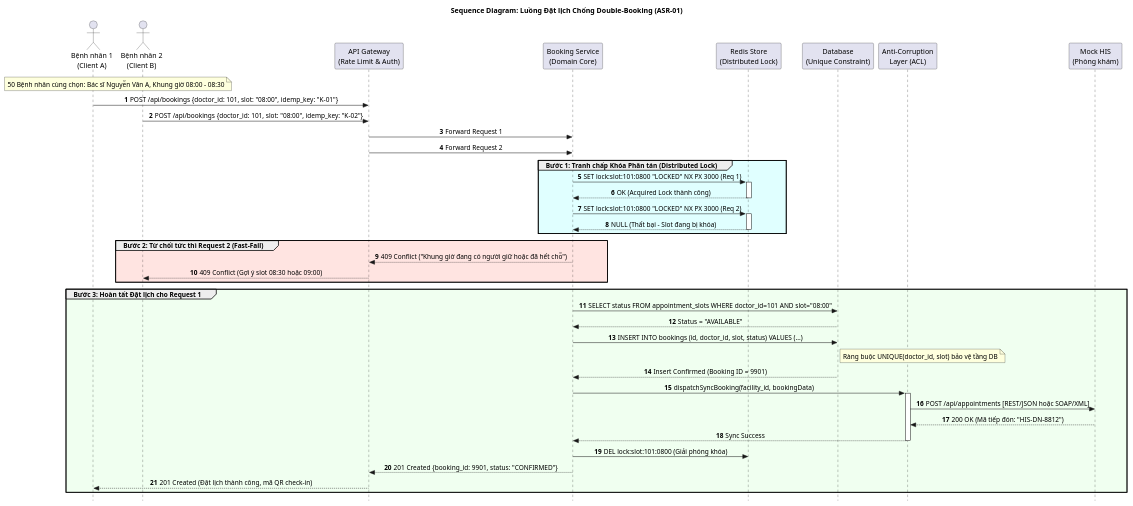
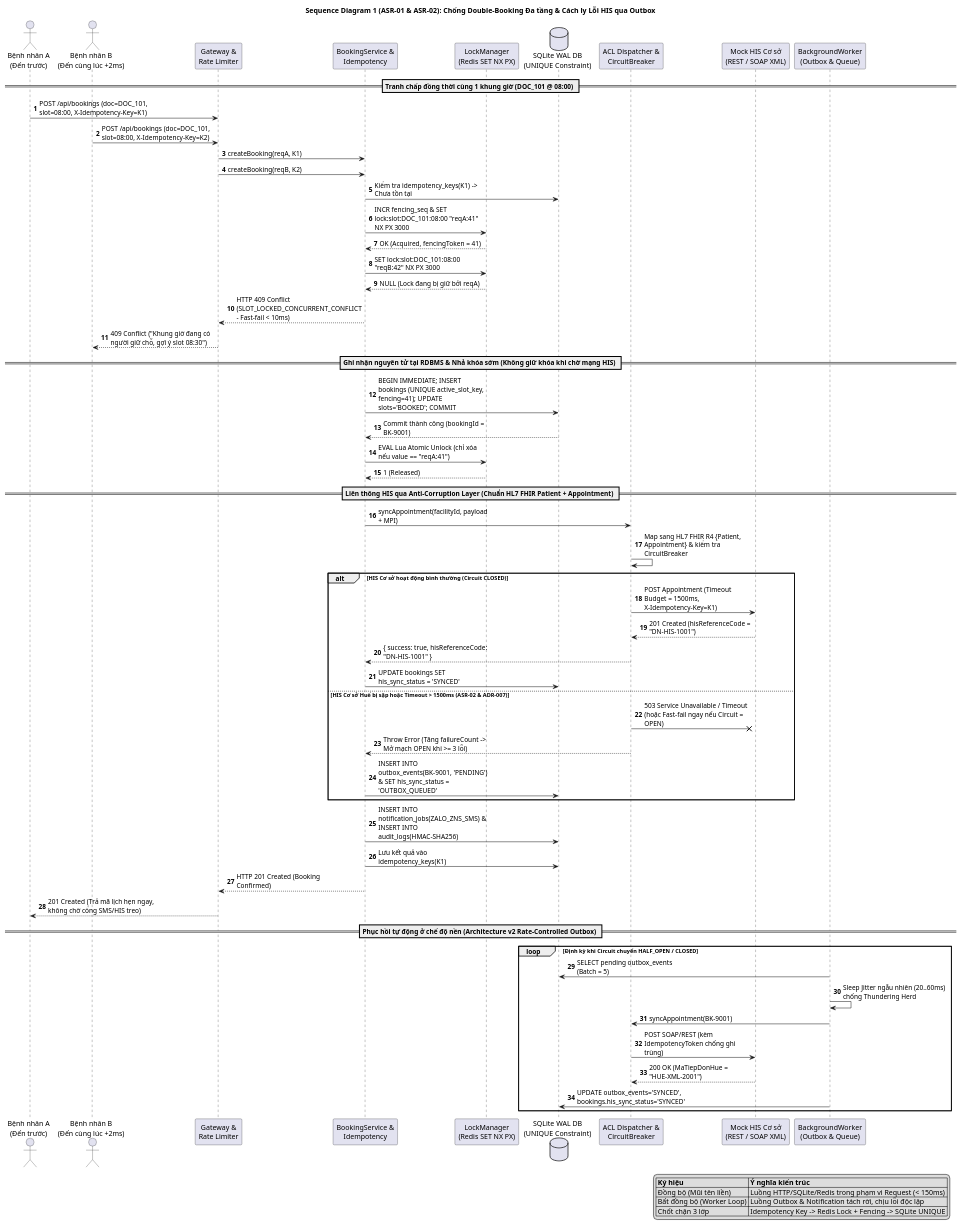
Before and after one commit to Baohy-14/-SE403-Group-Project: the diagram in diagrams/sequence-booking-concurrency.puml, drawn with PlantUML. The commit also changed 23 other files, not shown here.

Commit message:
docs(architecture): cap nhat day du ho so M0-M5, 7 ADRs (v2 Outbox/ObjectStorage) va 6 so do C4

```diff
--- a/diagrams/sequence-booking-concurrency.puml
+++ b/diagrams/sequence-booking-concurrency.puml
@@ -1,62 +1,76 @@
-@startuml Sequence_Booking_Concurrency
+@startuml Sequence_Booking_Concurrency_MediLink
 autonumber
-skinparam style strictuml
-skinparam sequenceMessageAlign center
+skinparam responseMessageBelowArrow true
+skinparam maxMessageSize 220
 
-title Sequence Diagram: Luồng Đặt lịch Chống Double-Booking (ASR-01)
+title Sequence Diagram 1 (ASR-01 & ASR-02): Chống Double-Booking Đa tầng & Cách ly Lỗi HIS qua Outbox
 
-actor "Bệnh nhân 1\n(Client A)" as P1
-actor "Bệnh nhân 2\n(Client B)" as P2
-participant "API Gateway\n(Rate Limit & Auth)" as GW
-participant "Booking Service\n(Domain Core)" as Core
-participant "Redis Store\n(Distributed Lock)" as Redis
-participant "Database\n(Unique Constraint)" as DB
-participant "Anti-Corruption\nLayer (ACL)" as ACL
-participant "Mock HIS\n(Phòng khám)" as HIS
+actor "Bệnh nhân A\n(Đến trước)" as P1
+actor "Bệnh nhân B\n(Đến cùng lúc +2ms)" as P2
+participant "Gateway &\nRate Limiter" as GW
+participant "BookingService &\nIdempotency" as BS
+participant "LockManager\n(Redis SET NX PX)" as LOCK
+database "SQLite WAL DB\n(UNIQUE Constraint)" as DB
+participant "ACL Dispatcher &\nCircuitBreaker" as ACL
+participant "Mock HIS Cơ sở\n(REST / SOAP XML)" as HIS
+participant "BackgroundWorker\n(Outbox & Queue)" as WORKER
 
-Note over P1, P2: 50 Bệnh nhân cùng chọn: Bác sĩ Nguyễn Văn A, Khung giờ 08:00 - 08:30
+== Tranh chấp đồng thời cùng 1 khung giờ (DOC_101 @ 08:00) ==
+P1 -> GW: POST /api/bookings (doc=DOC_101, slot=08:00, X-Idempotency-Key=K1)
+P2 -> GW: POST /api/bookings (doc=DOC_101, slot=08:00, X-Idempotency-Key=K2)
 
-P1 -> GW: POST /api/bookings {doctor_id: 101, slot: "08:00", idemp_key: "K-01"}
-P2 -> GW: POST /api/bookings {doctor_id: 101, slot: "08:00", idemp_key: "K-02"}
+GW -> BS: createBooking(reqA, K1)
+GW -> BS: createBooking(reqB, K2)
 
-GW -> Core: Forward Request 1
-GW -> Core: Forward Request 2
+BS -> DB: Kiểm tra idempotency_keys(K1) -> Chưa tồn tại
+BS -> LOCK: INCR fencing_seq & SET lock:slot:DOC_101:08:00 "reqA:41" NX PX 3000
+LOCK --> BS: OK (Acquired, fencingToken = 41)
 
-group #LightCyan Bước 1: Tranh chấp Khóa Phân tán (Distributed Lock)
-    Core -> Redis: SET lock:slot:101:0800 "LOCKED" NX PX 3000 (Req 1)
-    activate Redis
-    Redis --> Core: OK (Acquired Lock thành công)
-    deactivate Redis
+BS -> LOCK: SET lock:slot:DOC_101:08:00 "reqB:42" NX PX 3000
+LOCK --> BS: NULL (Lock đang bị giữ bởi reqA)
+BS --> GW: HTTP 409 Conflict (SLOT_LOCKED_CONCURRENT_CONFLICT - Fast-fail < 10ms)
+GW --> P2: 409 Conflict ("Khung giờ đang có người giữ chỗ, gợi ý slot 08:30")
 
-    Core -> Redis: SET lock:slot:101:0800 "LOCKED" NX PX 3000 (Req 2)
-    activate Redis
-    Redis --> Core: NULL (Thất bại - Slot đang bị khóa)
-    deactivate Redis
+== Ghi nhận nguyên tử tại RDBMS & Nhả khóa sớm (Không giữ khóa khi chờ mạng HIS) ==
+BS -> DB: BEGIN IMMEDIATE; INSERT bookings (UNIQUE active_slot_key, fencing=41); UPDATE slots='BOOKED'; COMMIT
+DB --> BS: Commit thành công (bookingId = BK-9001)
+BS -> LOCK: EVAL Lua Atomic Unlock (chỉ xóa nếu value == "reqA:41")
+LOCK --> BS: 1 (Released)
+
+== Liên thông HIS qua Anti-Corruption Layer (Chuẩn HL7 FHIR Patient + Appointment) ==
+BS -> ACL: syncAppointment(facilityId, payload + MPI)
+ACL -> ACL: Map sang HL7 FHIR R4 {Patient, Appointment} & kiểm tra CircuitBreaker
+
+alt HIS Cơ sở hoạt động bình thường (Circuit CLOSED)
+    ACL -> HIS: POST Appointment (Timeout Budget = 1500ms, X-Idempotency-Key=K1)
+    HIS --> ACL: 201 Created (hisReferenceCode = "DN-HIS-1001")
+    ACL --> BS: { success: true, hisReferenceCode: "DN-HIS-1001" }
+    BS -> DB: UPDATE bookings SET his_sync_status = 'SYNCED'
+else HIS Cơ sở Huế bị sập hoặc Timeout > 1500ms (ASR-02 & ADR-007)
+    ACL -x HIS: 503 Service Unavailable / Timeout (hoặc Fast-fail ngay nếu Circuit = OPEN)
+    ACL --> BS: Throw Error (Tăng failureCount -> Mở mạch OPEN khi >= 3 lỗi)
+    BS -> DB: INSERT INTO outbox_events(BK-9001, 'PENDING') & SET his_sync_status = 'OUTBOX_QUEUED'
 end
 
-group #MistyRose Bước 2: Từ chối tức thì Request 2 (Fast-Fail)
-    Core --> GW: 409 Conflict ("Khung giờ đang có người giữ hoặc đã hết chỗ")
-    GW --> P2: 409 Conflict (Gợi ý slot 08:30 hoặc 09:00)
+BS -> DB: INSERT INTO notification_jobs(ZALO_ZNS_SMS) & INSERT INTO audit_logs(HMAC-SHA256)
+BS -> DB: Lưu kết quả vào idempotency_keys(K1)
+BS --> GW: HTTP 201 Created (Booking Confirmed)
+GW --> P1: 201 Created (Trả mã lịch hẹn ngay, không chờ cổng SMS/HIS treo)
+
+== Phục hồi tự động ở chế độ nền (Architecture v2 Rate-Controlled Outbox) ==
+loop Định kỳ khi Circuit chuyển HALF_OPEN / CLOSED
+    WORKER -> DB: SELECT pending outbox_events (Batch = 5)
+    WORKER -> WORKER: Sleep Jitter ngẫu nhiên (20..60ms) chống Thundering Herd
+    WORKER -> ACL: syncAppointment(BK-9001)
+    ACL -> HIS: POST SOAP/REST (kèm IdempotencyToken chống ghi trùng)
+    HIS --> ACL: 200 OK (MaTiepDonHue = "HUE-XML-2001")
+    WORKER -> DB: UPDATE outbox_events='SYNCED', bookings.his_sync_status='SYNCED'
 end
 
-group #Honeydew Bước 3: Hoàn tất Đặt lịch cho Request 1
-    Core -> DB: SELECT status FROM appointment_slots WHERE doctor_id=101 AND slot="08:00"
-    DB --> Core: Status = "AVAILABLE"
-
-    Core -> DB: INSERT INTO bookings (id, doctor_id, slot, status) VALUES (...)
-    note right of DB: Ràng buộc UNIQUE(doctor_id, slot) bảo vệ tầng DB
-    DB --> Core: Insert Confirmed (Booking ID = 9901)
-
-    Core -> ACL: dispatchSyncBooking(facility_id, bookingData)
-    activate ACL
-    ACL -> HIS: POST /api/appointments [REST/JSON hoặc SOAP/XML]
-    HIS --> ACL: 200 OK (Mã tiếp đón: "HIS-DN-8812")
-    ACL --> Core: Sync Success
-    deactivate ACL
-
-    Core -> Redis: DEL lock:slot:101:0800 (Giải phóng khóa)
-    Core --> GW: 201 Created {booking_id: 9901, status: "CONFIRMED"}
-    GW --> P1: 201 Created (Đặt lịch thành công, mã QR check-in)
-end
-
+legend right
+  |= Ký hiệu |= Ý nghĩa kiến trúc |
+  | Đồng bộ (Mũi tên liền) | Luồng HTTP/SQLite/Redis trong phạm vi Request (< 150ms) |
+  | Bất đồng bộ (Worker Loop) | Luồng Outbox & Notification tách rời, chịu lỗi độc lập |
+  | Chốt chặn 3 lớp | Idempotency Key -> Redis Lock + Fencing -> SQLite UNIQUE |
+endlegend
 @enduml
```
